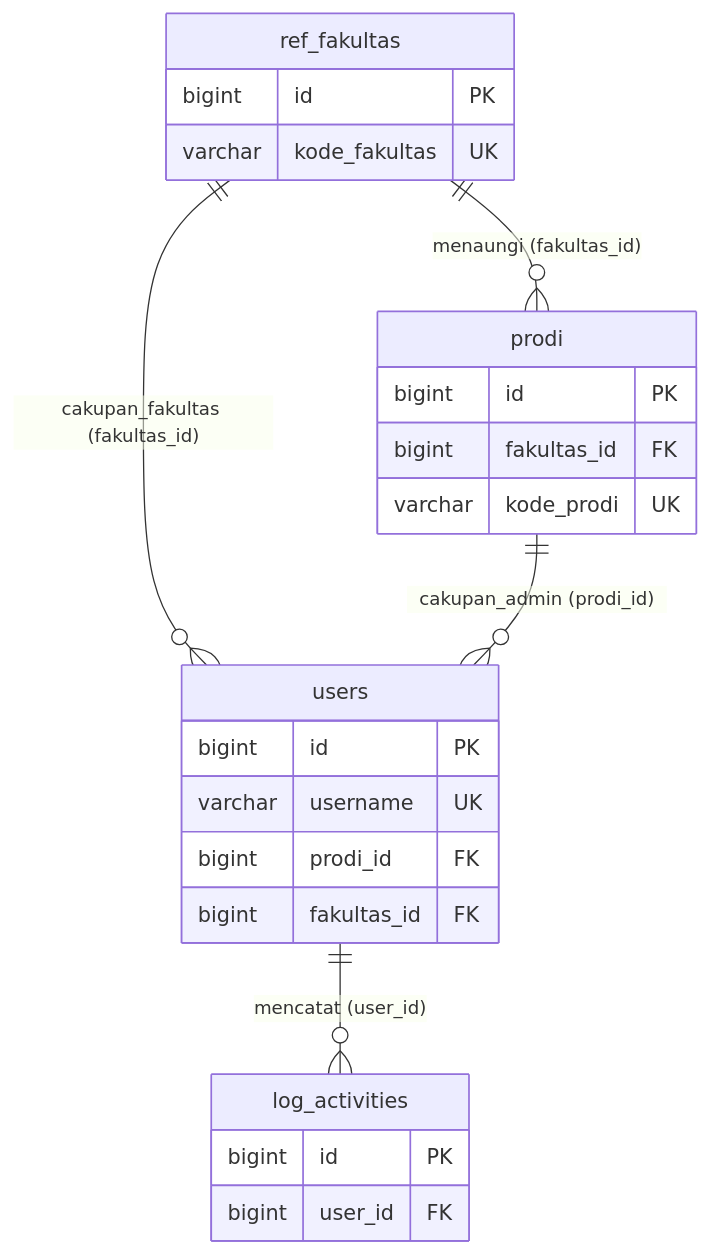
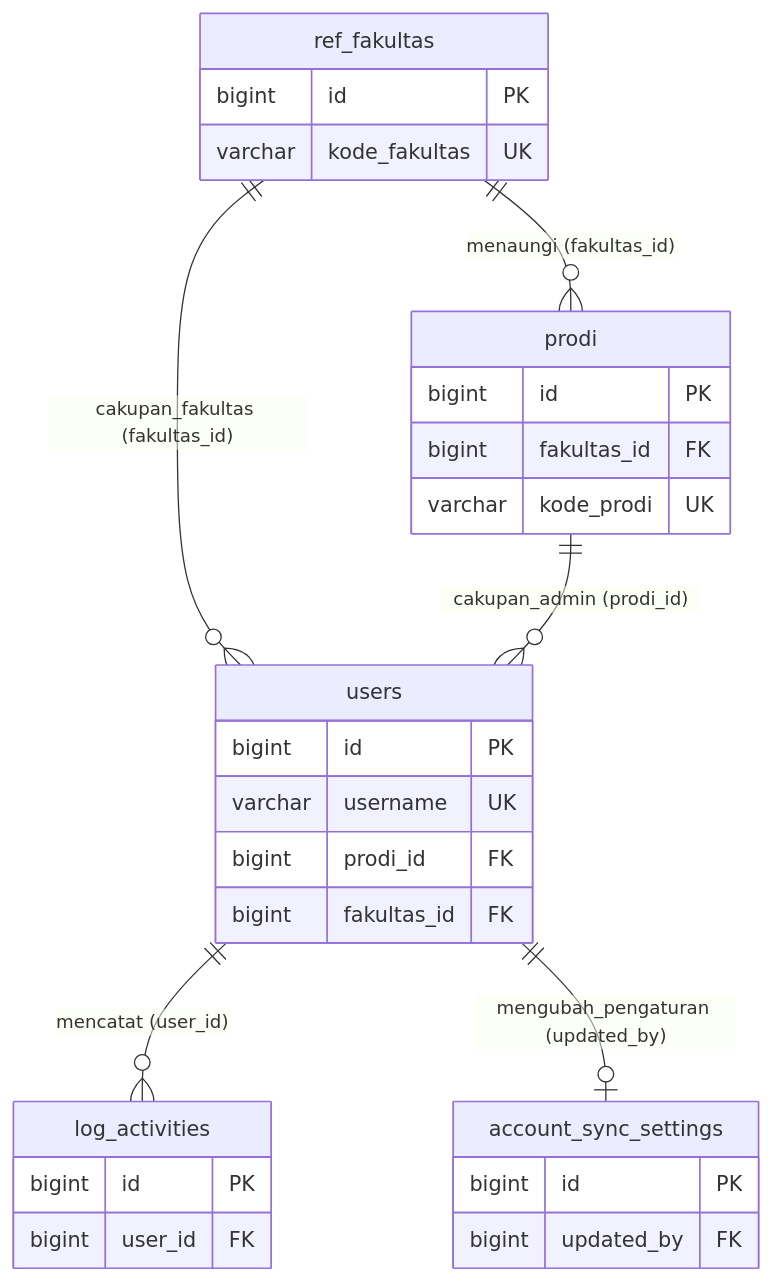
One commit to claraanjelitakd/tugas-akhir changed the second of 10 diagrams in ERD.md. Above: the diagram before and after it, drawn with Mermaid. The commit also changed other lines of this file, not shown here.

First line of the commit message:
docs(erd): tambah tabel account_sync_settings pada diagram, relasi, dan kamus data

````diff
--- a/ERD.md
+++ b/ERD.md
@@ -156,30 +157,36 @@
 ```mermaid
 erDiagram
     ref_fakultas ||--o{ prodi : "menaungi (fakultas_id)"
     ref_fakultas ||--o{ users : "cakupan_fakultas (fakultas_id)"
     prodi ||--o{ users : "cakupan_admin (prodi_id)"
     users ||--o{ log_activities : "mencatat (user_id)"
+    users ||--o| account_sync_settings : "mengubah_pengaturan (updated_by)"
 
     ref_fakultas {
         bigint id PK
         varchar kode_fakultas UK
     }
 
     prodi {
         bigint id PK
         bigint fakultas_id FK
         varchar kode_prodi UK
     }
 
     users {
         bigint id PK
         varchar username UK
         bigint prodi_id FK
         bigint fakultas_id FK
     }
 
     log_activities {
         bigint id PK
         bigint user_id FK
     }
+
+    account_sync_settings {
+        bigint id PK
+        bigint updated_by FK
+    }
 ```
````
